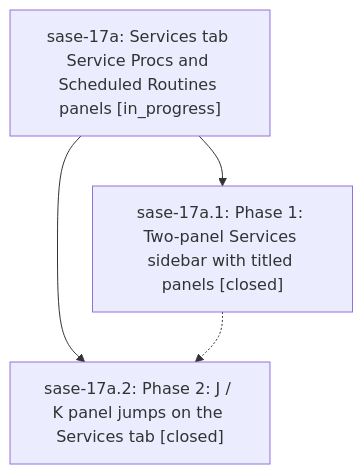
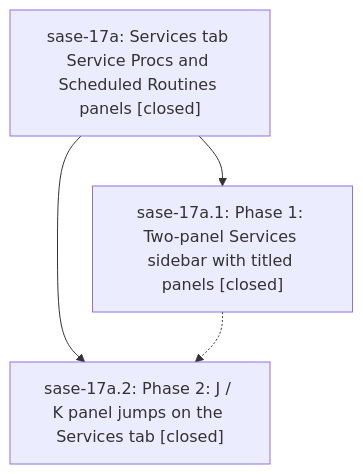
The diagram in pages/sase-17a/README.md (sase-org/sase--beads), drawn with Mermaid before and after one commit. The commit also changed other lines of this file and 1 other file, not shown here.

First line of the commit message:
chore(beads): sync bead state and pages for sase-17a

````diff
--- a/pages/sase-17a/README.md
+++ b/pages/sase-17a/README.md
@@ -23,9 +27,9 @@
 ```mermaid
 flowchart TD
-    n0["sase-17a: Services tab Service Procs and Scheduled Routines panels [in_progress]"]
+    n0["sase-17a: Services tab Service Procs and Scheduled Routines panels [closed]"]
     n1["sase-17a.1: Phase 1: Two-panel Services sidebar with titled panels [closed]"]
     n2["sase-17a.2: Phase 2: J / K panel jumps on the Services tab [closed]"]
     n0 --> n1
     n0 --> n2
     n1 -.-> n2
 ```
````
